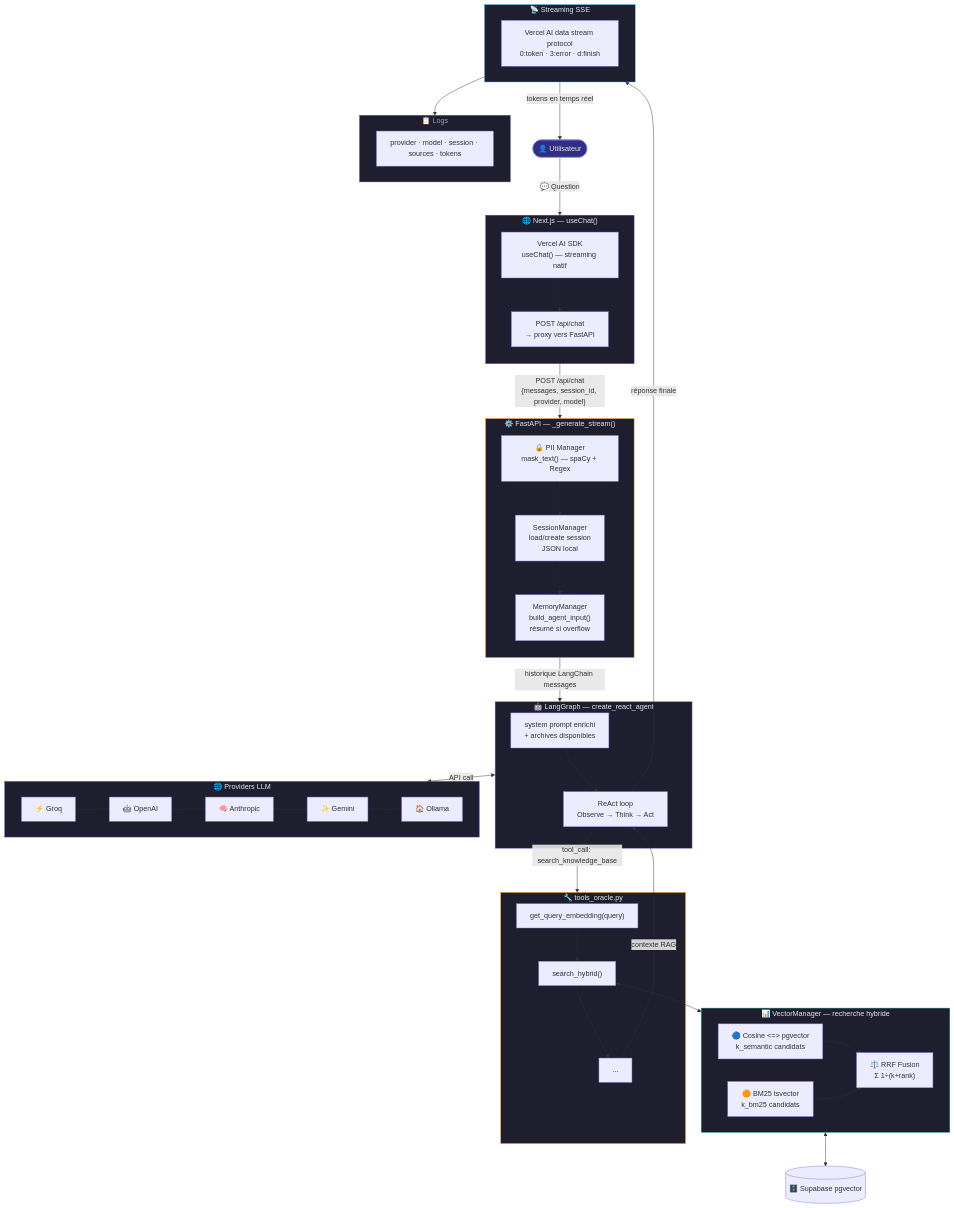
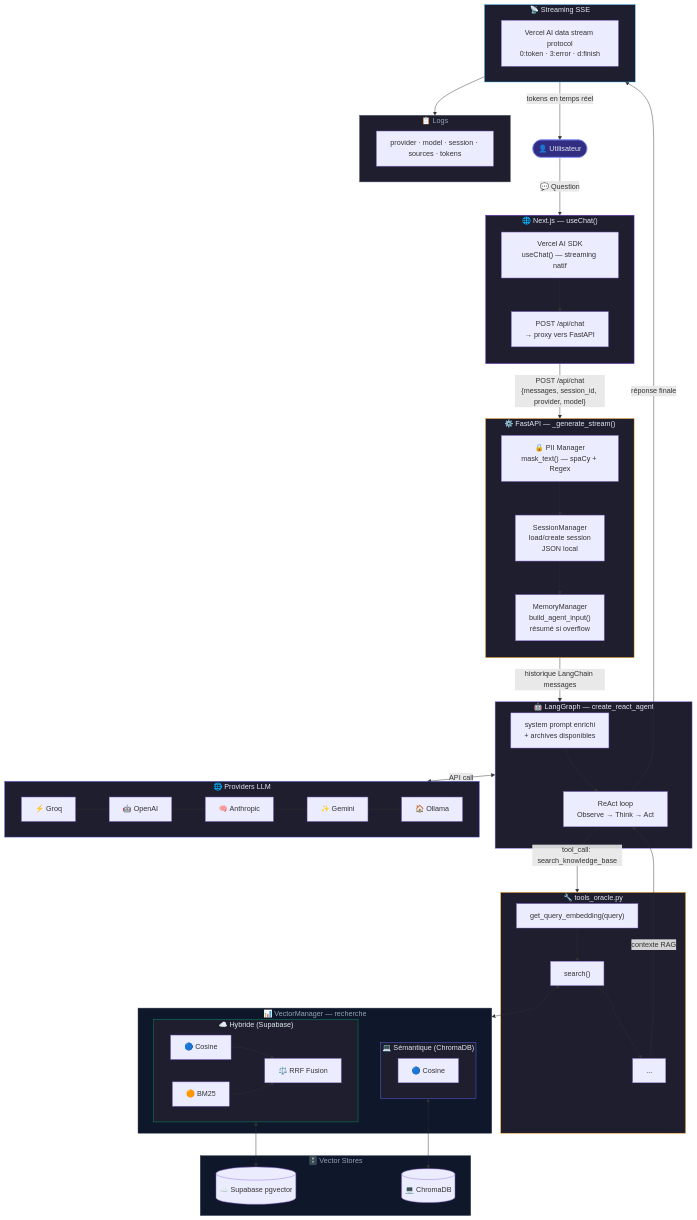
Before and after one commit to dlz-dev/HELMo-ORACLE: the third of 5 diagrams in docs/workflow.md, drawn with Mermaid. The commit also changed other lines of this file and 12 other files, not shown here.

```diff
--- a/docs/workflow.md
+++ b/docs/workflow.md
@@ -136,22 +165,33 @@
 
     subgraph TOOL ["🔧 tools_oracle.py"]
         T1["get_query_embedding(query)"]
-        T2["search_hybrid()"]
+        T2["search()"]
         T3["<archives_sacrees>...</archives_sacrees>"]
         T1 --> T2 --> T3
     end
 
-    subgraph VM ["📊 VectorManager — recherche hybride"]
-        direction LR
-        S1["🔵 Cosine <=> pgvector\nk_semantic candidats"]
-        S2["🟠 BM25 tsvector\nk_bm25 candidats"]
-        RRF["⚖️ RRF Fusion\nΣ 1÷(k+rank)"]
-        S1 --> RRF
-        S2 --> RRF
+    subgraph DBS ["🗄️ Vector Stores"]
+        DB_CLOUD[("☁️ Supabase pgvector")]
+        DB_LOCAL[("💻 ChromaDB")]
+    end
+
+    subgraph VM ["📊 VectorManager — recherche"]
+        subgraph VM_CLOUD ["☁️ Hybride (Supabase)"]
+            direction LR
+            S1["🔵 Cosine"]
+            S2["🟠 BM25"]
+            RRF["⚖️ RRF Fusion"]
+            S1 --> RRF
+            S2 --> RRF
+        end
+        subgraph VM_LOCAL ["💻 Sémantique (ChromaDB)"]
+            S3["🔵 Cosine"]
+        end
     end
 
     T2 <--> VM
-    VM <--> DB[("🗄️ Supabase pgvector")]
+    VM_CLOUD <--> DB_CLOUD
+    VM_LOCAL <--> DB_LOCAL
 
     T3 -->|"contexte RAG"| A2
     A2 -->|"réponse finale"| STREAM
@@ -179,7 +219,10 @@
     style FASTAPI  fill:#1e1e2e,stroke:#f59e0b,color:#e2e8f0
     style AGENT    fill:#1e1e2e,stroke:#a78bfa,color:#e2e8f0
     style TOOL     fill:#1e1e2e,stroke:#f59e0b,color:#e2e8f0
-    style VM       fill:#1e1e2e,stroke:#059669,color:#e2e8f0
+    style DBS      fill:#0f172a,stroke:#334155,color:#94a3b8
+    style VM       fill:#0f172a,stroke:#334155,color:#94a3b8
+    style VM_CLOUD fill:#1e1e2e,stroke:#059669,color:#e2e8f0
+    style VM_LOCAL fill:#1e1e2e,stroke:#6366f1,color:#e2e8f0
     style STREAM   fill:#1e1e2e,stroke:#38bdf8,color:#e2e8f0
     style PROV     fill:#1e1e2e,stroke:#6366f1,color:#e2e8f0
     style LOG      fill:#1e1e2e,stroke:#475569,color:#94a3b8
```
